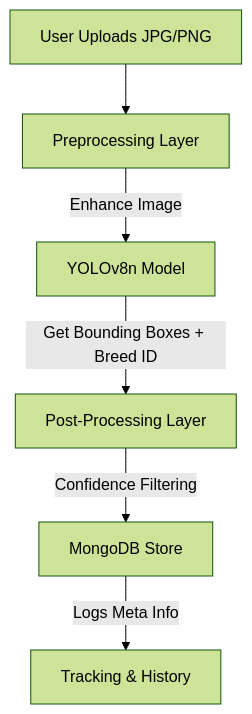
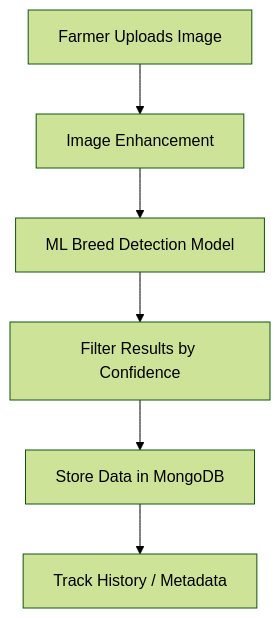
The second of 5 diagrams in README.md (Maheshh-S/AquaBov), drawn with Mermaid (forest theme) before and after one commit. The commit also changed other lines of this file, not shown here.

````diff
--- a/README.md
+++ b/README.md
@@ -47,8 +45,8 @@
 ```mermaid
 graph TD;
-    U[User Uploads JPG/PNG] --> P[Preprocessing Layer]
-    P -->|Enhance Image| R[YOLOv8n Model]
-    R -->|Get Bounding Boxes + Breed ID| S[Post-Processing Layer]
-    S -->|Confidence Filtering| D[MongoDB Store]
-    D -->|Logs Meta Info| M[Tracking & History]
+    U[Farmer Uploads Image] --> P[Image Enhancement]
+    P --> R[ML Breed Detection Model]
+    R --> S[Filter Results by Confidence]
+    S --> D[Store Data in MongoDB]
+    D --> M[Track History / Metadata]
 ```
````
